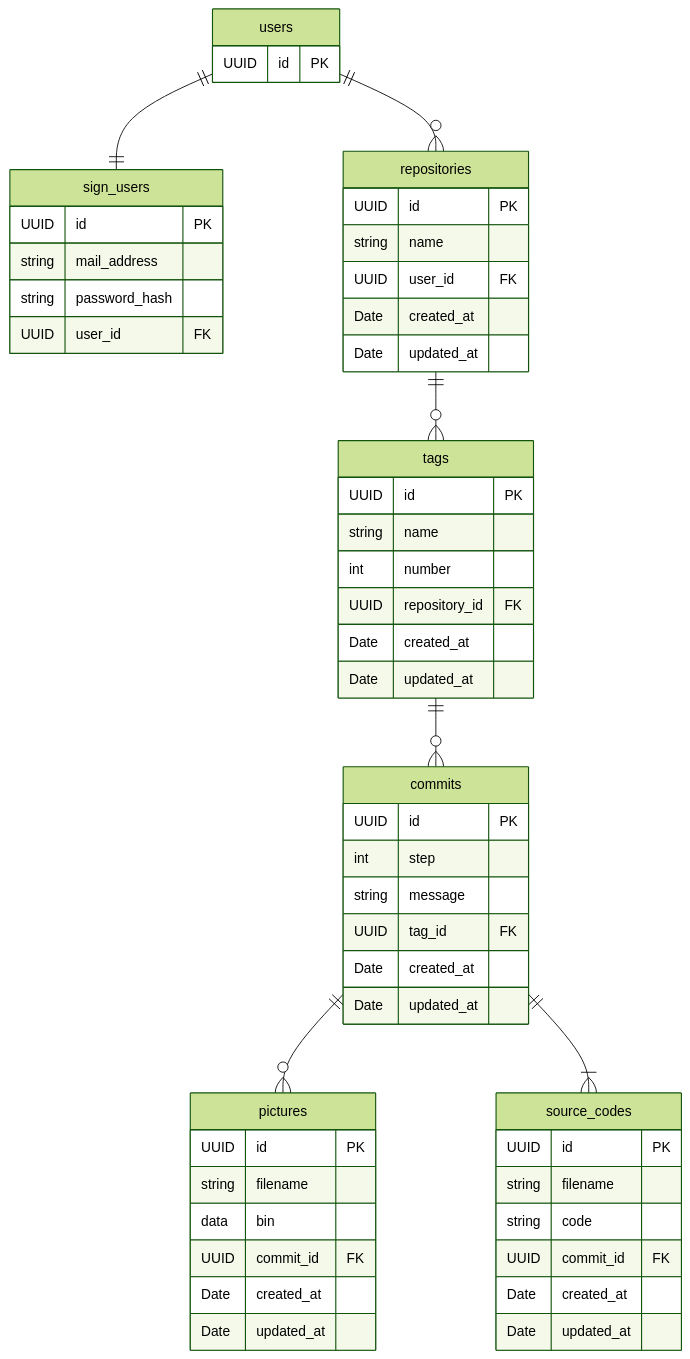
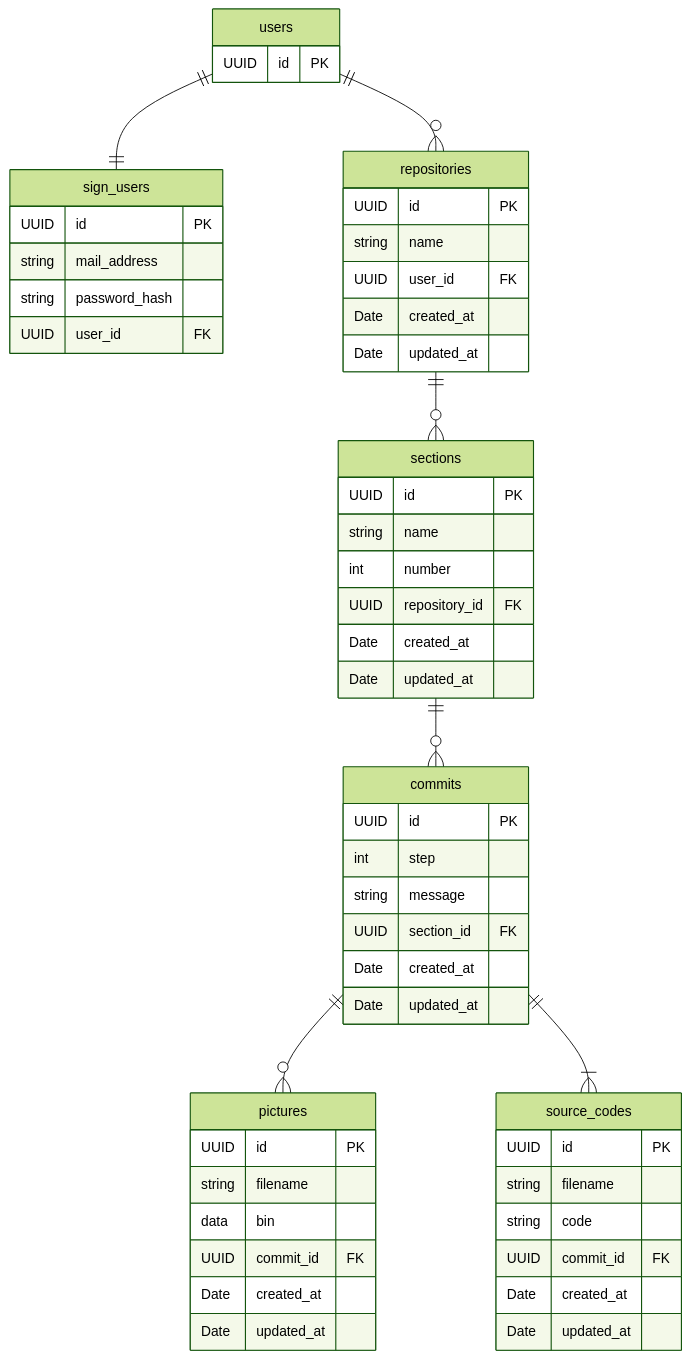
Before and after one commit to CreideaNITNC/Tuthub-Specification: the diagram in tuthub/Database.md, drawn with Mermaid (forest theme). The commit also changed other lines of this file, not shown here.

Commit message:
tagをsectionに変更

````diff
--- a/tuthub/Database.md
+++ b/tuthub/Database.md
@@ -5,65 +5,65 @@
 ```mermaid
 erDiagram
 
 users {
     UUID id PK
 }
 
 sign_users {
     UUID id PK
     string mail_address
     string password_hash
     UUID user_id FK
 }
 
 repositories {
     UUID id PK
     string name
     UUID user_id FK
     Date created_at
     Date updated_at
 }
 
-tags {
+sections {
     UUID id PK
     string name
     int number
     UUID repository_id FK
     Date created_at
     Date updated_at
 }
 
 commits {
     UUID id PK
     int step
     string message
-    UUID tag_id FK
+    UUID section_id FK
     Date created_at
     Date updated_at
 }
 
 pictures {
     UUID id PK
     string filename
     data bin
     UUID commit_id FK
     Date created_at
     Date updated_at
 }
 
 source_codes {
     UUID id PK
     string filename
     string code
     UUID commit_id FK
     Date created_at
     Date updated_at
 }
 
 users ||--|| sign_users: ""
 users ||--o{ repositories: ""
-repositories ||--o{ tags: ""
-tags ||--o{ commits: ""
+repositories ||--o{ sections: ""
+sections ||--o{ commits: ""
 commits ||--o{ pictures: ""
 commits ||--|{ source_codes: ""
 ```
````
